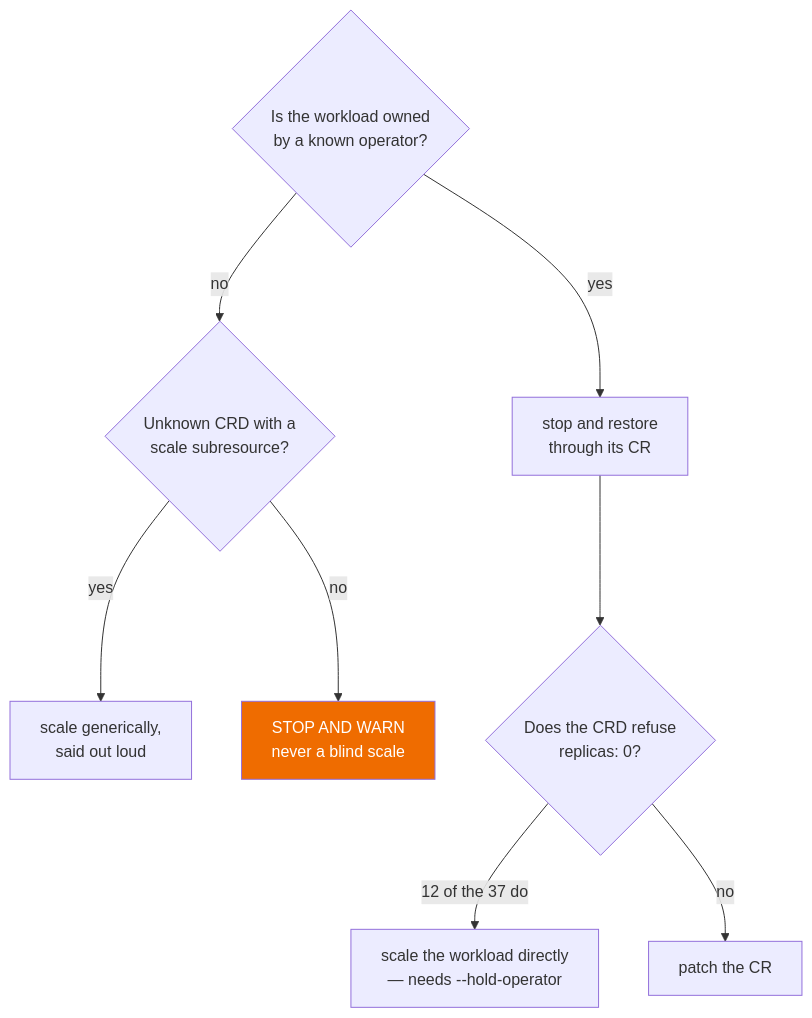
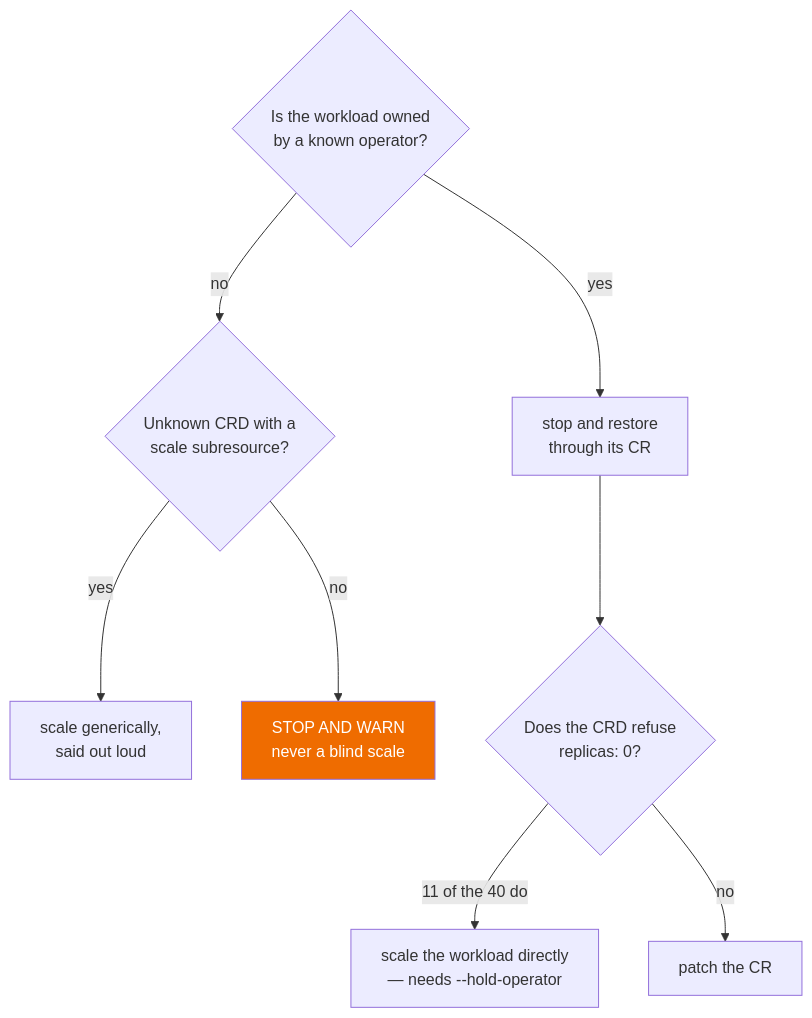
The third of 3 diagrams in README.md (CalzDevOps/trident-port-overview), drawn with Mermaid before and after one commit. The commit also changed other lines of this file, not shown here.

````diff
--- a/README.md
+++ b/README.md
@@ -378,11 +381,11 @@
 ```mermaid
 flowchart TD
     A{Is the workload owned<br/>by a known operator?} -->|yes| B[stop and restore<br/>through its CR]
     A -->|no| C{Unknown CRD with a<br/>scale subresource?}
     C -->|yes| D[scale generically,<br/>said out loud]
     C -->|no| E[STOP AND WARN<br/>never a blind scale]
     B --> F{Does the CRD refuse<br/>replicas: 0?}
-    F -->|12 of the 37 do| G[scale the workload directly<br/>— needs --hold-operator]
+    F -->|11 of the 40 do| G[scale the workload directly<br/>— needs --hold-operator]
     F -->|no| H[patch the CR]
     style E fill:#ef6c00,color:#fff
 ```
````
